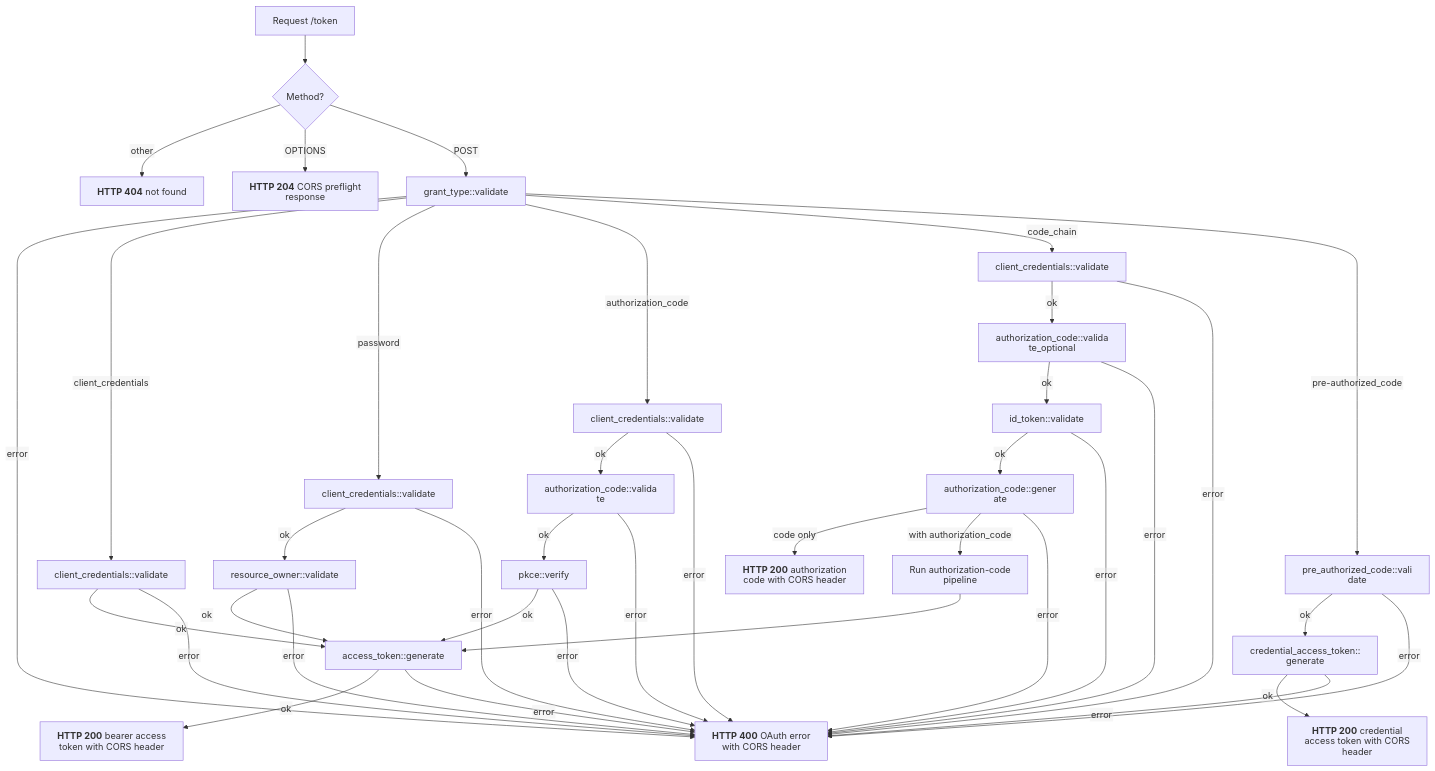
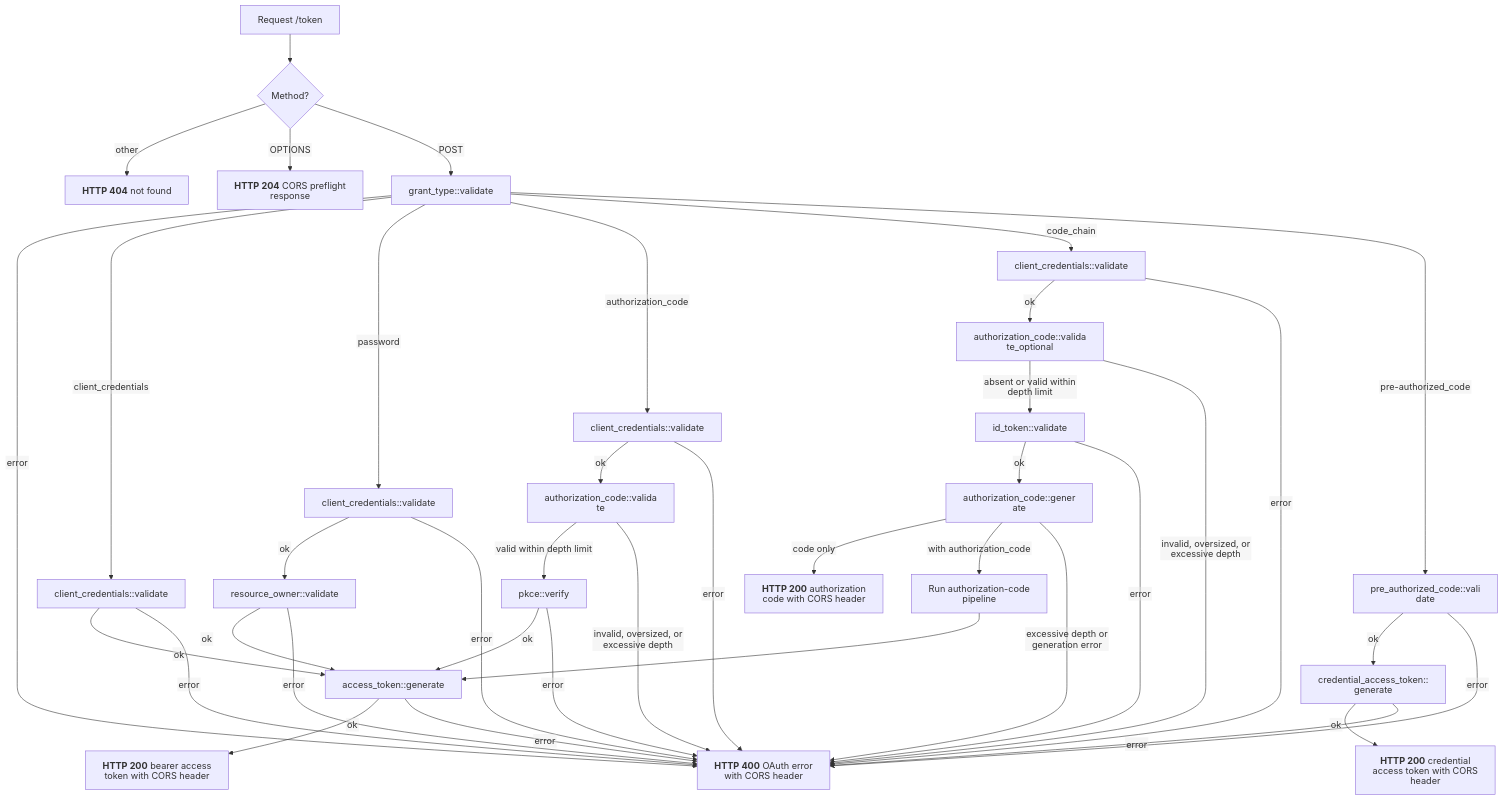
Before and after one commit to malach-it/kagome: the diagram in docs/flows/oauth/token_endpoint.mmd, drawn with Mermaid. The commit also changed 25 other files, not shown here.

```diff
--- a/docs/flows/oauth/token_endpoint.mmd
+++ b/docs/flows/oauth/token_endpoint.mmd
@@ -1,40 +1,40 @@
 %%{init: {"htmlLabels": false, "flowchart": {"htmlLabels": false}}}%%
 flowchart TD
     start[Request /token] --> method{Method?}
     method -- other --> not_found["`**HTTP 404** not found`"]
     method -- OPTIONS --> preflight["`**HTTP 204** CORS preflight response`"]
     method -- POST --> grant["grant_type::validate"]
     grant -- error --> oauth_error["`**HTTP 400** OAuth error with CORS header`"]
     grant -- client_credentials --> client["client_credentials::validate"]
     grant -- password --> password_client["client_credentials::validate"]
     password_client -- ok --> owner["resource_owner::validate"]
     grant -- authorization_code --> code_client["client_credentials::validate"]
     code_client -- ok --> code["authorization_code::validate"]
-    code -- ok --> pkce["pkce::verify"]
+    code -- valid within depth limit --> pkce["pkce::verify"]
     grant -- code_chain --> chain_client["client_credentials::validate"]
     chain_client -- ok --> previous["authorization_code::validate_optional"]
-    previous -- ok --> id_token["id_token::validate"]
+    previous -- absent or valid within depth limit --> id_token["id_token::validate"]
     id_token -- ok --> issue["authorization_code::generate"]
     grant -- pre-authorized_code --> pre_code["pre_authorized_code::validate"]
     pre_code -- ok --> credential_access["credential_access_token::generate"]
     client -- ok --> access["access_token::generate"]
     owner -- ok --> access
     pkce -- ok --> access
     issue -- code only --> code_success["`**HTTP 200** authorization code with CORS header`"]
     issue -- with authorization_code --> exchange[Run authorization-code pipeline]
     exchange --> access
     credential_access -- ok --> credential_access_success["`**HTTP 200** credential access token with CORS header`"]
     access -- ok --> access_success["`**HTTP 200** bearer access token with CORS header`"]
     client -- error --> oauth_error
     password_client -- error --> oauth_error
     owner -- error --> oauth_error
     code_client -- error --> oauth_error
-    code -- error --> oauth_error
+    code -- invalid, oversized, or excessive depth --> oauth_error
     pkce -- error --> oauth_error
     chain_client -- error --> oauth_error
-    previous -- error --> oauth_error
+    previous -- invalid, oversized, or excessive depth --> oauth_error
     id_token -- error --> oauth_error
-    issue -- error --> oauth_error
+    issue -- excessive depth or generation error --> oauth_error
     pre_code -- error --> oauth_error
     credential_access -- error --> oauth_error
     access -- error --> oauth_error
```
